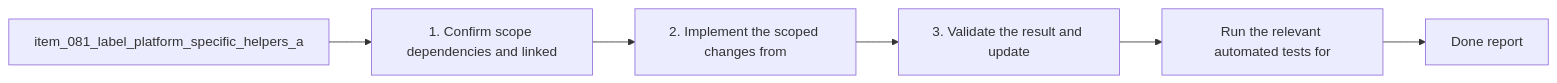
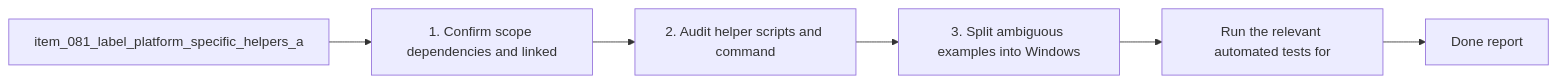
The diagram in logics/tasks/task_086_label_platform_specific_helpers_and_shell_specific_command_variants_explicitly.md (AlexAgo83/logics-manager), drawn with Mermaid before and after one commit. The commit also changed other lines of this file and 481 other files, not shown here.

````diff
--- a/logics/tasks/task_086_label_platform_specific_helpers_and_shell_specific_command_variants_explicitly.md
+++ b/logics/tasks/task_086_label_platform_specific_helpers_and_shell_specific_command_variants_explicitly.md
@@ -19,10 +20,10 @@
 ```mermaid
 %% logics-kind: task
 %% logics-signature: task|label-platform-specific-helpers-and-shel|item-081-label-platform-specific-helpers|1-confirm-scope-dependencies-and-linked|run-the-relevant-automated-tests-for
 flowchart LR
     Backlog[item_081_label_platform_specific_helpers_a] --> Step1[1. Confirm scope dependencies and linked]
-    Step1 --> Step2[2. Implement the scoped changes from]
-    Step2 --> Step3[3. Validate the result and update]
+    Step1 --> Step2[2. Audit helper scripts and command]
+    Step2 --> Step3[3. Split ambiguous examples into Windows]
     Step3 --> Validation[Run the relevant automated tests for]
     Validation --> Report[Done report]
 ```
````
